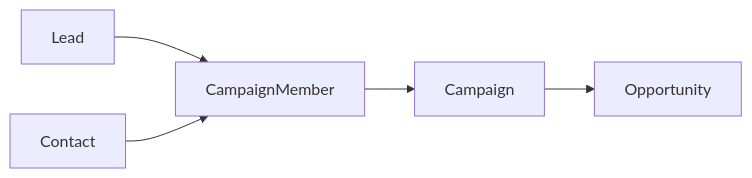
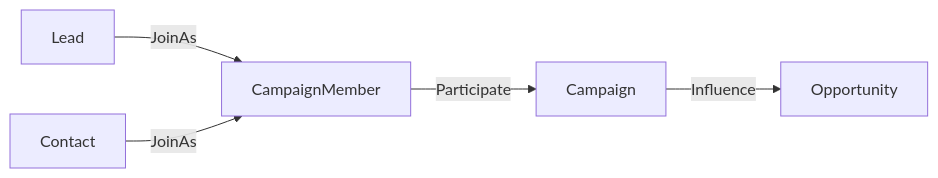
One commit to zhangjiacheng/zhangjiacheng.github.io changed the diagram in _posts/2023-09-11-CampaignMemberStatusTrucking.md. Above: the diagram before and after it, drawn with Mermaid.

Commit message:
modify _config.yml to include mermaid lib 7

```diff
--- a/_posts/2023-09-11-CampaignMemberStatusTrucking.md
+++ b/_posts/2023-09-11-CampaignMemberStatusTrucking.md
@@ -12,7 +12,7 @@
 <div class="mermaid">
 graph LR;
-    Lead-->CampaignMember;
-    Contact-->CampaignMember;
-    CampaignMember-->Campaign;
-    Campaign-->Opportunity;
+    Lead-->|JoinAs|CampaignMember;
+    Contact-->|JoinAs|CampaignMember;
+    CampaignMember-->|Participate|Campaign;
+    Campaign-->|Influence|Opportunity;
 </div>
```
